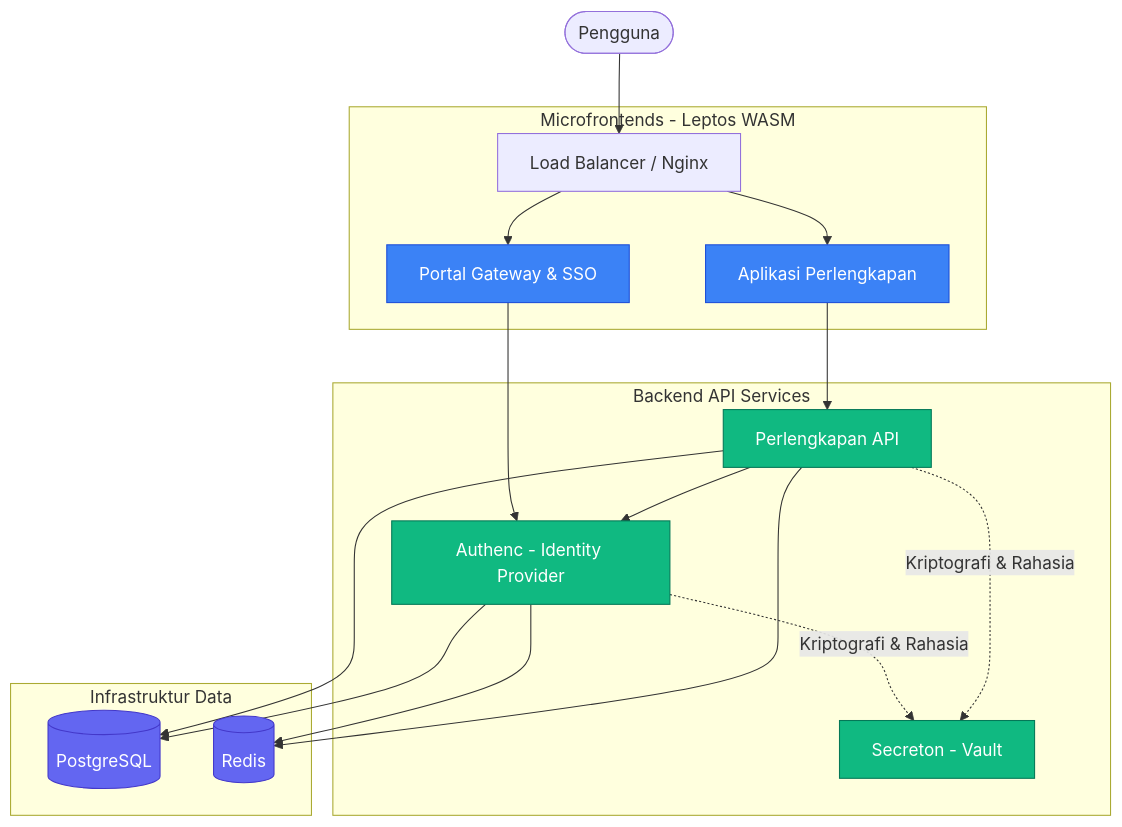
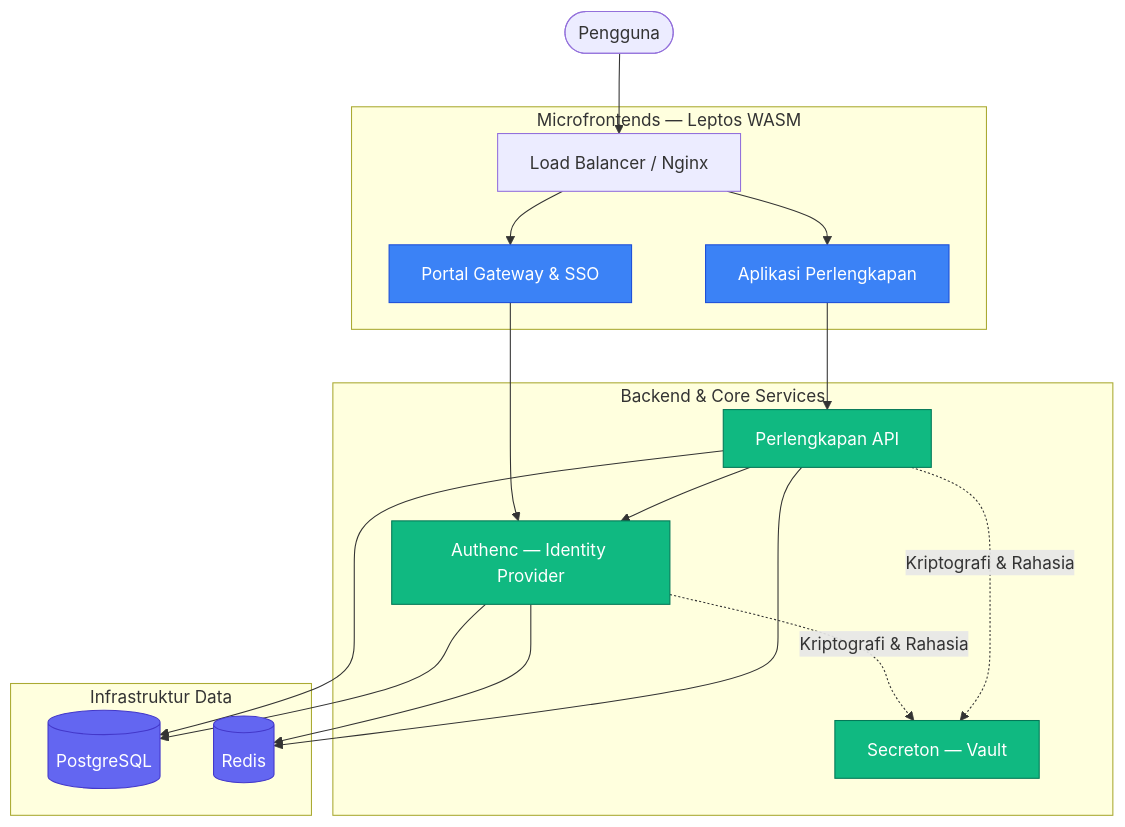
Before and after one commit to analisaperlengkapan/simpel2: the diagram in README.md, drawn with Mermaid. The commit also changed other lines of this file and 390 other files, not shown here.

````diff
--- a/README.md
+++ b/README.md
@@ -26,33 +23,33 @@
 ```mermaid
 graph TD
     User([Pengguna]) --> LB[Load Balancer / Nginx]
 
-    subgraph Antarmuka [Microfrontends - Leptos WASM]
+    subgraph Antarmuka [Microfrontends — Leptos WASM]
         LB --> Portal[Portal Gateway & SSO]
         LB --> Perlengkapan_UI[Aplikasi Perlengkapan]
     end
 
-    subgraph Layanan [Backend API Services]
-        Portal --> Authenc[Authenc - Identity Provider]
+    subgraph Layanan [Backend & Core Services]
+        Portal --> Authenc[Authenc — Identity Provider]
         Perlengkapan_UI --> Perlengkapan_API[Perlengkapan API]
         Perlengkapan_API --> Authenc
 
-        Authenc -. "Kriptografi & Rahasia" .-> Secreton[Secreton - Vault]
+        Authenc -. "Kriptografi & Rahasia" .-> Secreton[Secreton — Vault]
         Perlengkapan_API -. "Kriptografi & Rahasia" .-> Secreton
     end
 
     subgraph Penyimpanan [Infrastruktur Data]
         Perlengkapan_API --> DB[(PostgreSQL)]
         Authenc --> DB
         Authenc --> Redis[(Redis)]
         Perlengkapan_API --> Redis
     end
 
     classDef frontend fill:#3b82f6,color:#fff,stroke:#1d4ed8;
     classDef backend fill:#10b981,color:#fff,stroke:#047857;
     classDef infra fill:#6366f1,color:#fff,stroke:#4338ca;
 
     class Portal,Perlengkapan_UI frontend;
     class Authenc,Perlengkapan_API,Secreton backend;
     class DB,Redis infra;
 ```
````
